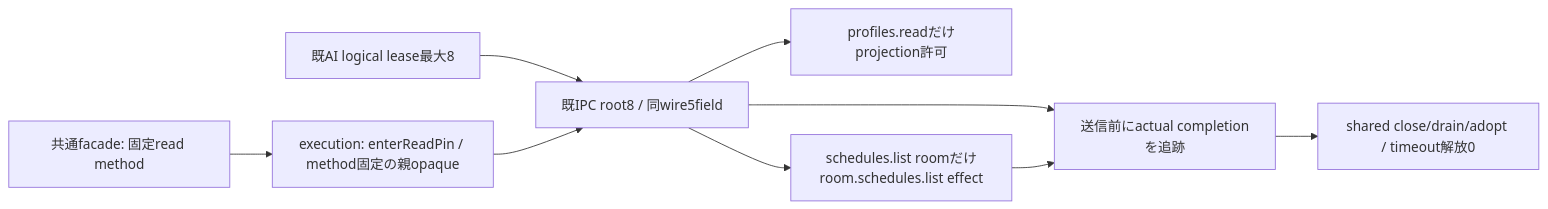
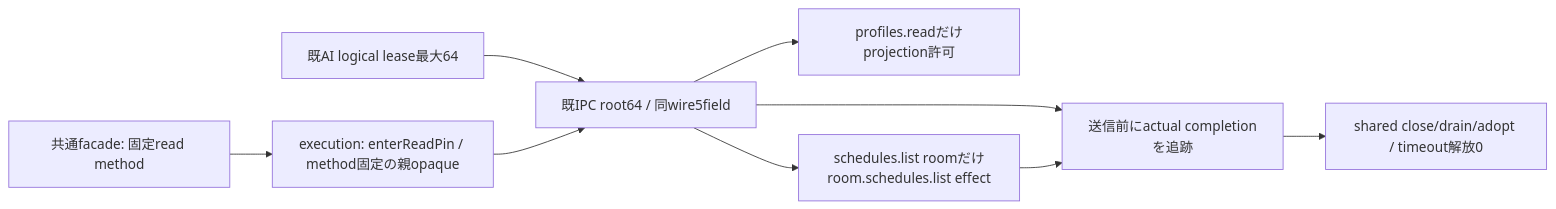
Before and after one commit to kitepon/BellTeam: the second of 2 diagrams in docs/architecture/modules/runtime/members-process.md, drawn with Mermaid. The commit also changed other lines of this file and 18 other files, not shown here.

````diff
--- a/docs/architecture/modules/runtime/members-process.md
+++ b/docs/architecture/modules/runtime/members-process.md
@@ -50,11 +50,11 @@
 ```mermaid
 flowchart LR
   Fresh[共通facade: 固定read method] --> Pin[execution: enterReadPin / method固定の親opaque]
-  AI[既AI logical lease最大8] --> Channel[既IPC root8 / 同wire5field]
+  AI[既AI logical lease最大64] --> Channel[既IPC root64 / 同wire5field]
   Pin --> Channel
   Channel --> Snapshot[profiles.readだけprojection許可]
   Channel --> Room[schedules.list roomだけroom.schedules.list effect]
   Channel --> Complete[送信前にactual completionを追跡]
   Room --> Complete
   Complete --> Drain[shared close/drain/adopt / timeout解放0]
 ```
````
